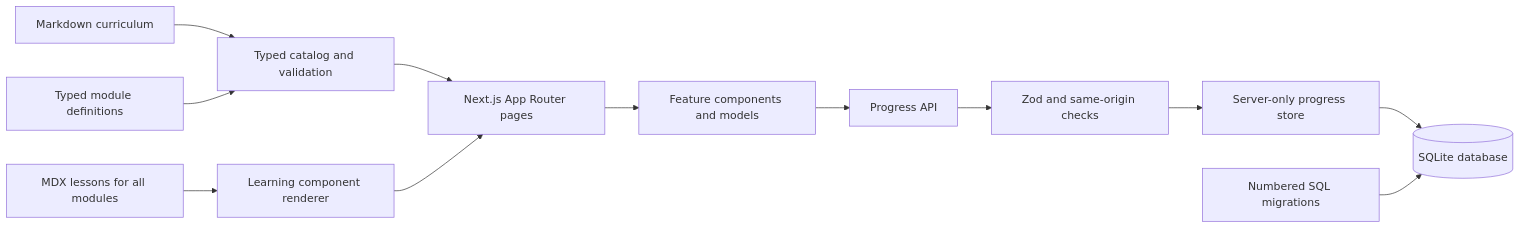
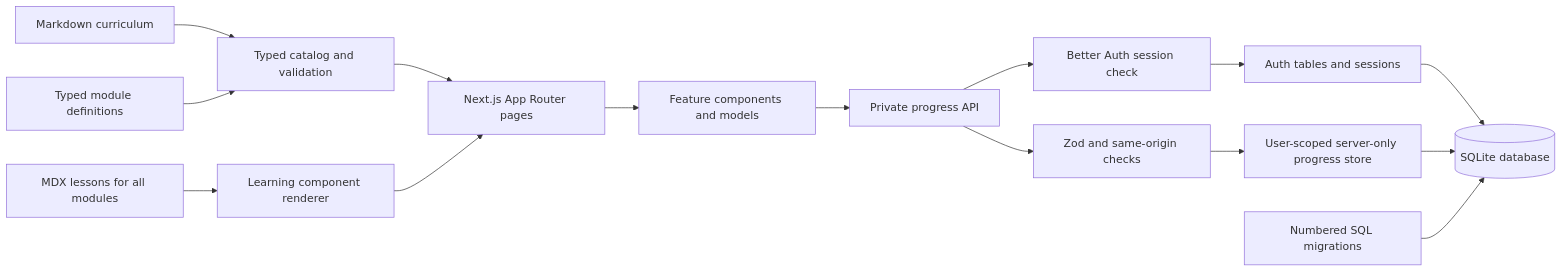
The diagram in docs/architecture.md (PooKYZZZ/Fieldnotes), drawn with Mermaid before and after one commit. The commit also changed other lines of this file and 81 other files, not shown here.

````diff
--- a/docs/architecture.md
+++ b/docs/architecture.md
@@ -7,14 +7,17 @@
 ```mermaid
 flowchart LR
   Markdown[Markdown curriculum] --> Catalog[Typed catalog and validation]
   Definitions[Typed module definitions] --> Catalog
   MDX[MDX lessons for all modules] --> MDXComponents[Learning component renderer]
   Catalog --> Pages[Next.js App Router pages]
   MDXComponents --> Pages
   Pages --> Features[Feature components and models]
-  Features --> ProgressAPI[Progress API]
+  Features --> ProgressAPI[Private progress API]
+  ProgressAPI --> Auth[Better Auth session check]
+  Auth --> AuthStore[Auth tables and sessions]
   ProgressAPI --> Validation[Zod and same-origin checks]
-  Validation --> Store[Server-only progress store]
+  Validation --> Store[User-scoped server-only progress store]
+  AuthStore --> SQLite[(SQLite database)]
   Store --> SQLite[(SQLite database)]
   Migrations[Numbered SQL migrations] --> SQLite
 ```
````
